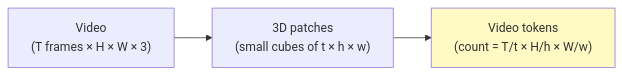
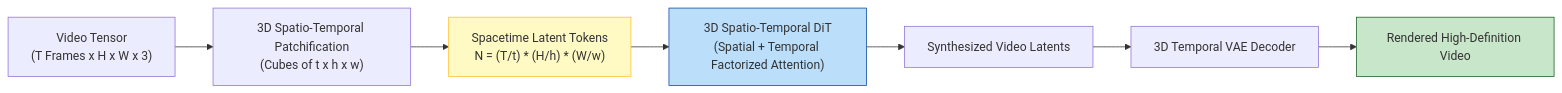
Before and after one commit to yingwang/thinking-in-llm: the sixth of 8 diagrams in en/chapters/14-multimodal.md, drawn with Mermaid. The commit also changed other lines of this file and 31 other files, not shown here.

````diff
--- a/en/chapters/14-multimodal.md
+++ b/en/chapters/14-multimodal.md
@@ -347,7 +223,13 @@
 ```mermaid
 flowchart LR
-    Vid["Video<br>(T frames × H × W × 3)"] --> P3D["3D patches<br>(small cubes of t × h × w)"]
-    P3D --> Tok["Video tokens<br>(count = T/t × H/h × W/w)"]
+    RawVid["Video Tensor<br/>(T Frames x H x W x 3)"] --> SpatioTemporalPatch["3D Spatio-Temporal Patchification<br/>(Cubes of t x h x w)"]
+    SpatioTemporalPatch --> LatentEmbed["Spacetime Latent Tokens<br/>N = (T/t) * (H/h) * (W/w)"]
+    LatentEmbed --> DiT["3D Spatio-Temporal DiT<br/>(Spatial + Temporal Factorized Attention)"]
+    DiT --> GeneratedLatents["Synthesized Video Latents"]
+    GeneratedLatents --> VAEDecoder["3D Temporal VAE Decoder"]
+    VAEDecoder --> OutputVid["Rendered High-Definition Video"]
 
-    style Tok fill:#fff9c4
+    style LatentEmbed fill:#fff9c4,stroke:#fbc02d
+    style DiT fill:#bbdefb,stroke:#0d47a1
+    style OutputVid fill:#c8e6c9,stroke:#1b5e20
 ```
````
